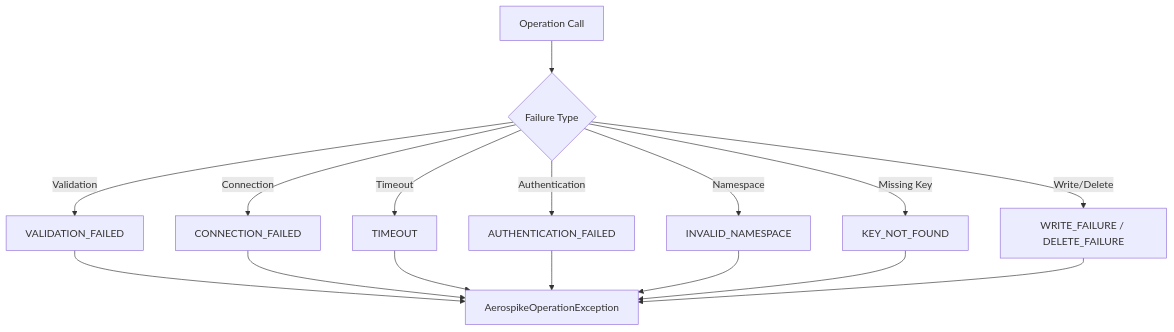
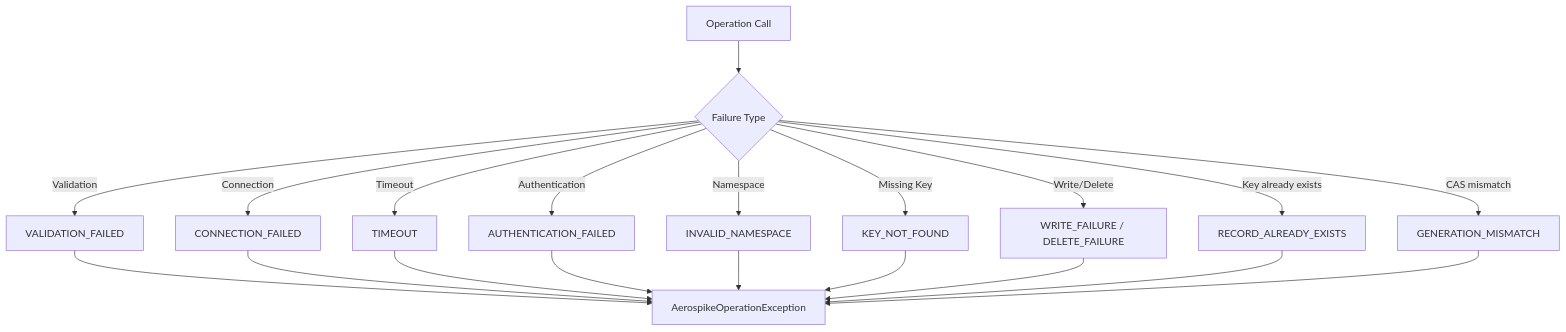
Before and after one commit to DileepJexpert/Aerospike-Connector: the sixth of 6 diagrams in docs/AEROSPIKE-CLIENT-LIB-ARCHITECTURE.md, drawn with Mermaid. The commit also changed other lines of this file and 2 other files, not shown here.

First line of the commit message:
Document new operations: createRecord, replaceRecord, updateRecord, CAS, incrementBins, touchRecord, ping

````diff
--- a/docs/AEROSPIKE-CLIENT-LIB-ARCHITECTURE.md
+++ b/docs/AEROSPIKE-CLIENT-LIB-ARCHITECTURE.md
@@ -338,18 +345,22 @@
 ```mermaid
 flowchart TD
     A["Operation Call"] --> B{"Failure Type"}
     B -->|Validation| C["VALIDATION_FAILED"]
     B -->|Connection| D["CONNECTION_FAILED"]
     B -->|Timeout| E["TIMEOUT"]
     B -->|Authentication| F["AUTHENTICATION_FAILED"]
     B -->|Namespace| G["INVALID_NAMESPACE"]
     B -->|Missing Key| H["KEY_NOT_FOUND"]
     B -->|Write/Delete| I["WRITE_FAILURE / DELETE_FAILURE"]
+    B -->|Key already exists| K["RECORD_ALREADY_EXISTS"]
+    B -->|CAS mismatch| L["GENERATION_MISMATCH"]
     C --> J["AerospikeOperationException"]
     D --> J
     E --> J
     F --> J
     G --> J
     H --> J
     I --> J
+    K --> J
+    L --> J
 ```
````
